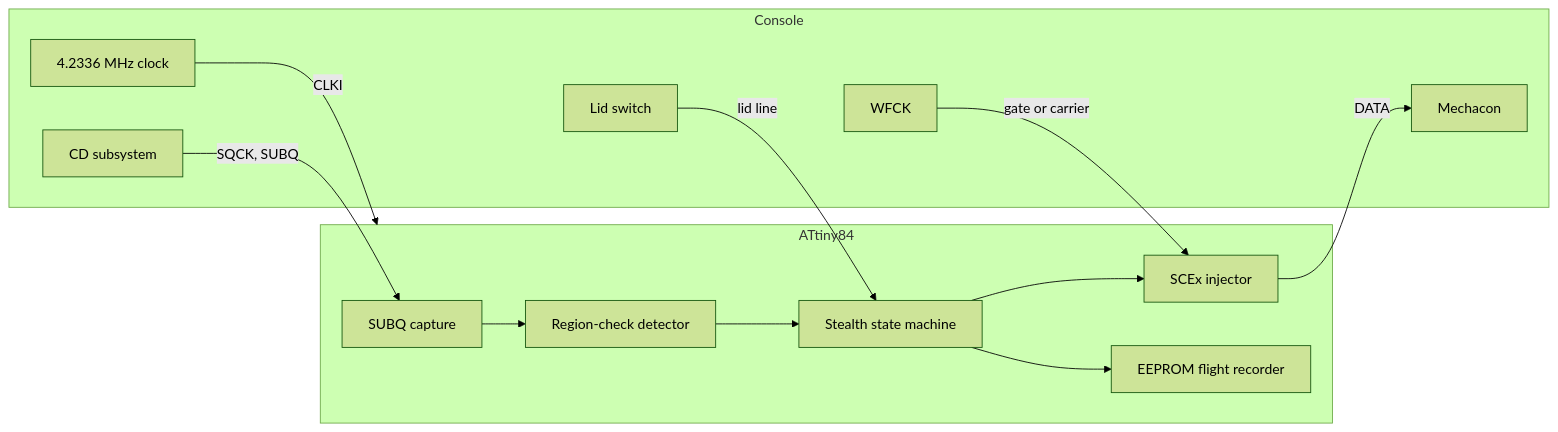
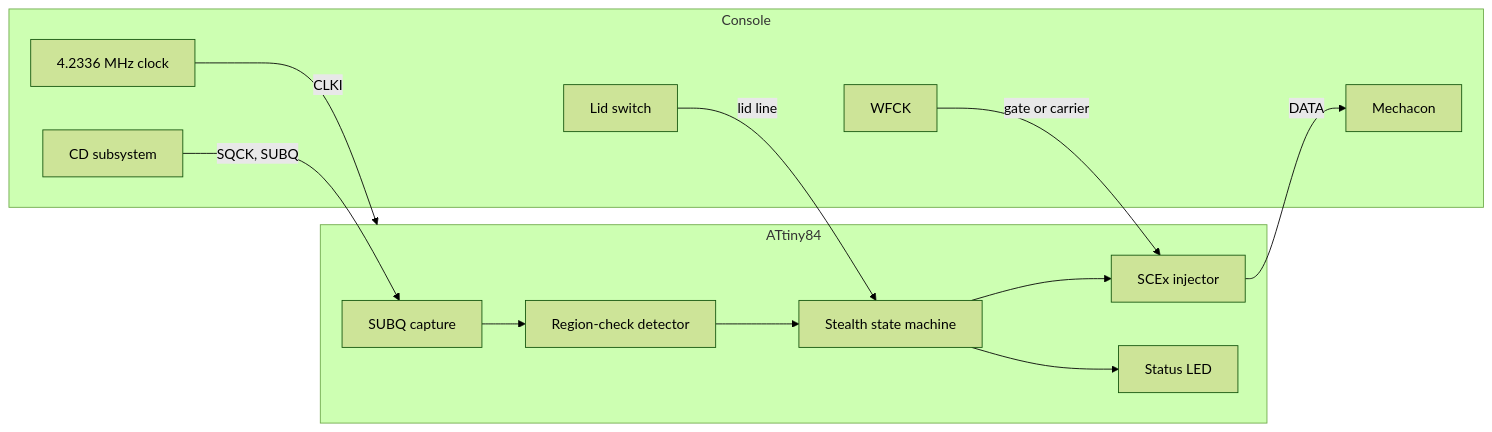
Before and after one commit to gufranco/openscex-modchip: the diagram in README.md, drawn with Mermaid (forest theme). The commit also changed other lines of this file and 2 other files, not shown here.

First line of the commit message:
docs: status led section, part and codes

````diff
--- a/README.md
+++ b/README.md
@@ -46,24 +46,24 @@
 ```mermaid
 graph LR
     subgraph Console
         CD[CD subsystem]
         CLK[4.2336 MHz clock]
         LID[Lid switch]
         WF[WFCK]
         MECH[Mechacon]
     end
     subgraph ATtiny84
         CAP[SUBQ capture]
         DET[Region-check detector]
         ST[Stealth state machine]
         INJ[SCEx injector]
-        REC[EEPROM flight recorder]
+        LED[Status LED]
     end
     CD -->|SQCK, SUBQ| CAP
     CAP --> DET --> ST --> INJ
-    ST --> REC
+    ST --> LED
     LID -->|lid line| ST
     WF -->|gate or carrier| INJ
     CLK -->|CLKI| ATtiny84
     INJ -->|DATA| MECH
 ```
````
